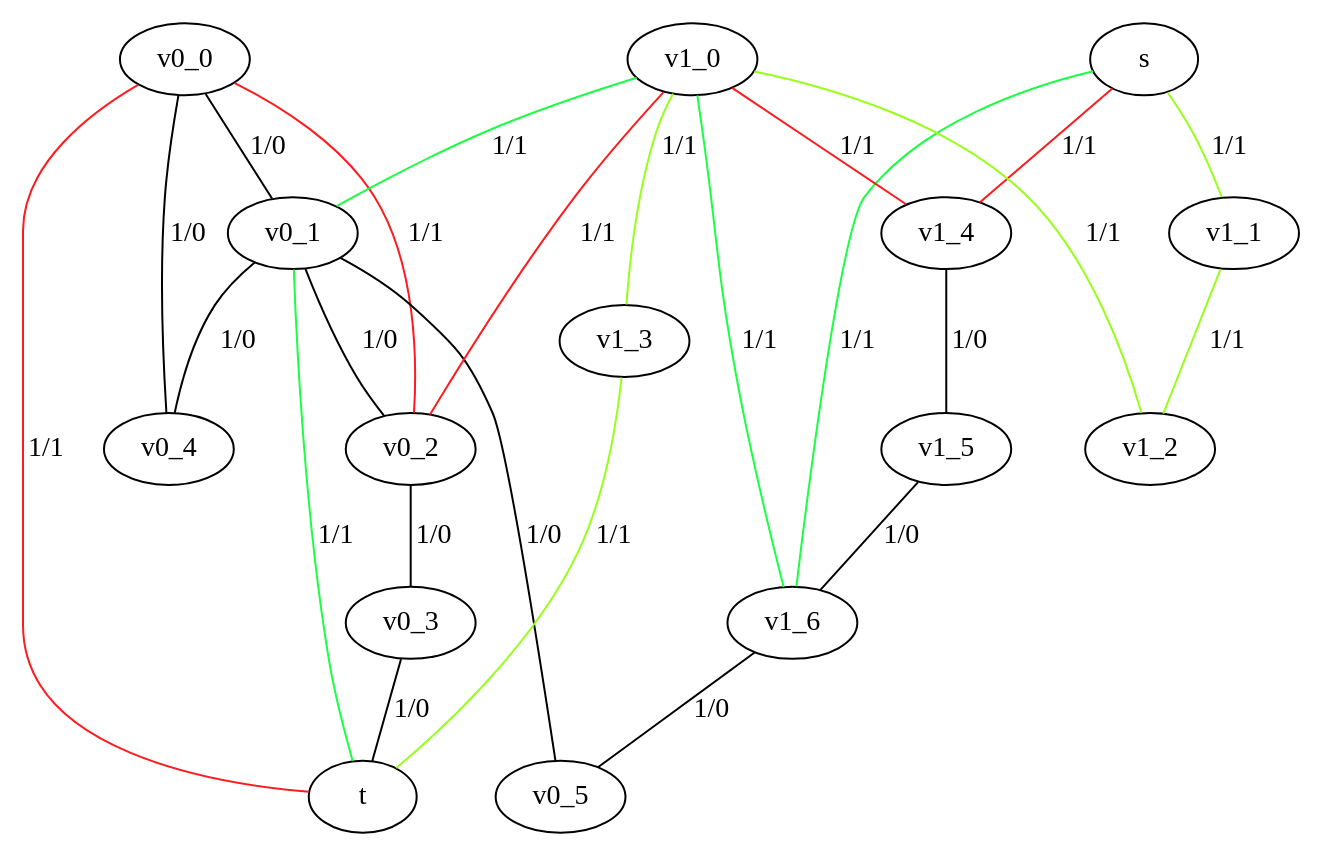
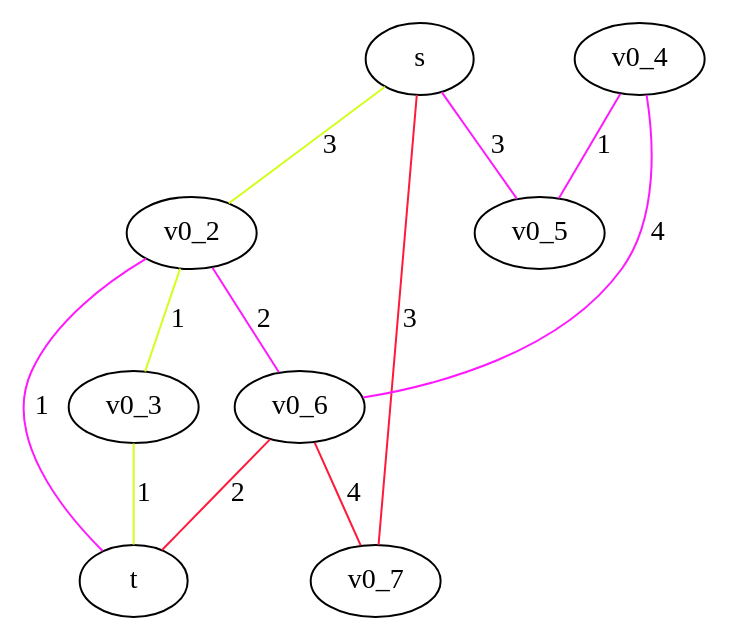
One commit to felix-hututuc/building-evac-sim changed the diagram in src/main/resources/graph.dot. Above: the diagram before and after it, drawn with Graphviz. The commit also changed 5 other files, not shown here.

```diff
--- a/src/main/resources/graph.dot
+++ b/src/main/resources/graph.dot
@@ -1,41 +1,21 @@
 strict graph G {
+  s;
   t;
-  s;
-  v0_0;
-  v0_1;
   v0_2;
   v0_3;
   v0_4;
   v0_5;
-  v1_0;
-  v1_1;
-  v1_2;
-  v1_3;
-  v1_4;
-  v1_5;
-  v1_6;
-  v0_0 -- v0_4 [ color="black" label="1/0" ];
-  v0_0 -- t [ color="#ff1a1d" label="1/1" ];
-  v0_0 -- v0_2 [ color="#ff1a1d" label="1/1" ];
-  v0_0 -- v0_1 [ color="black" label="1/0" ];
-  v0_1 -- v0_4 [ color="black" label="1/0" ];
-  v0_1 -- v0_2 [ color="black" label="1/0" ];
-  v0_1 -- v0_5 [ color="black" label="1/0" ];
-  v0_1 -- t [ color="#1aff44" label="1/1" ];
-  v0_2 -- v0_3 [ color="black" label="1/0" ];
-  v0_3 -- t [ color="black" label="1/0" ];
-  v1_0 -- v1_6 [ color="#1aff44" label="1/1" ];
-  v1_0 -- v1_2 [ color="#98ff1a" label="1/1" ];
-  v1_0 -- v1_3 [ color="#98ff1a" label="1/1" ];
-  v1_0 -- v1_4 [ color="#ff1a1d" label="1/1" ];
-  v1_1 -- v1_2 [ color="#98ff1a" label="1/1" ];
-  v1_3 -- t [ color="#98ff1a" label="1/1" ];
-  v1_4 -- v1_5 [ color="black" label="1/0" ];
-  v1_5 -- v1_6 [ color="black" label="1/0" ];
-  v1_0 -- v0_2 [ color="#ff1a1d" label="1/1" ];
-  v1_0 -- v0_1 [ color="#1aff44" label="1/1" ];
-  v1_6 -- v0_5 [ color="black" label="1/0" ];
-  s -- v1_1 [ color="#98ff1a" label="1/1" ];
-  s -- v1_4 [ color="#ff1a1d" label="1/1" ];
-  s -- v1_6 [ color="#1aff44" label="1/1" ];
+  v0_6;
+  v0_7;
+  v0_2 -- v0_3 [ color="#d2ff1a" label="1" ];
+  v0_2 -- v0_6 [ color="#ff1afe" label="2" ];
+  v0_2 -- t [ color="#ff1afe" label="1" ];
+  v0_3 -- t [ color="#d2ff1a" label="1" ];
+  v0_4 -- v0_6 [ color="#ff1afe" label="4" ];
+  v0_4 -- v0_5 [ color="#ff1afe" label="1" ];
+  v0_6 -- t [ color="#ff1a3b" label="2" ];
+  v0_6 -- v0_7 [ color="#ff1a3b" label="4" ];
+  s -- v0_2 [ color="#d2ff1a" label="3" ];
+  s -- v0_5 [ color="#ff1afe" label="3" ];
+  s -- v0_7 [ color="#ff1a3b" label="3" ];
 }
```
